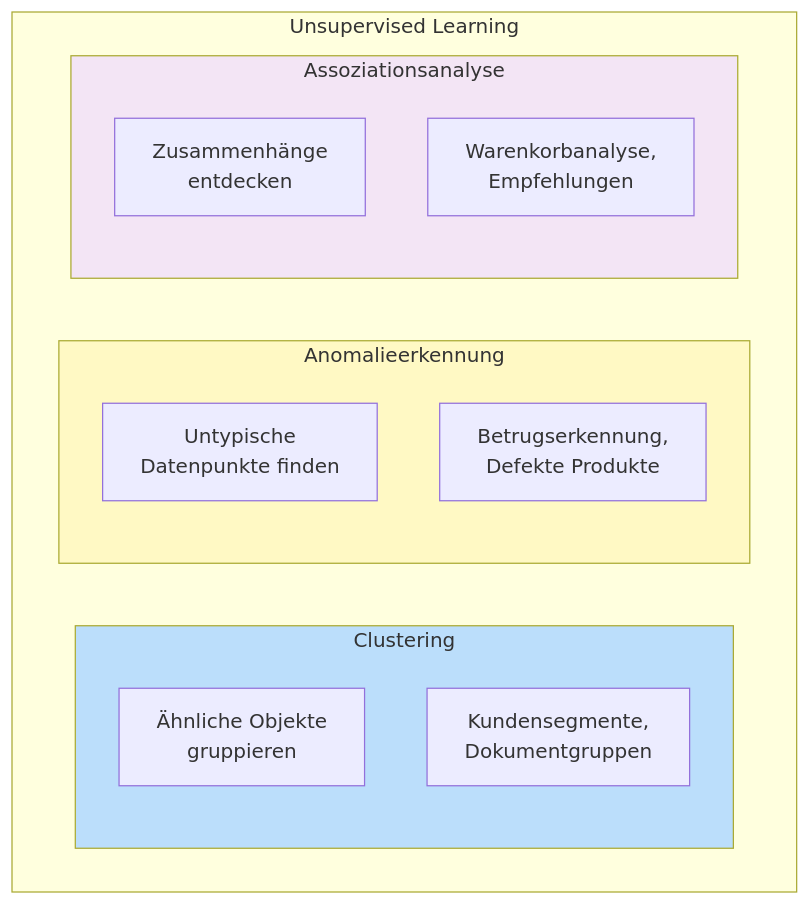
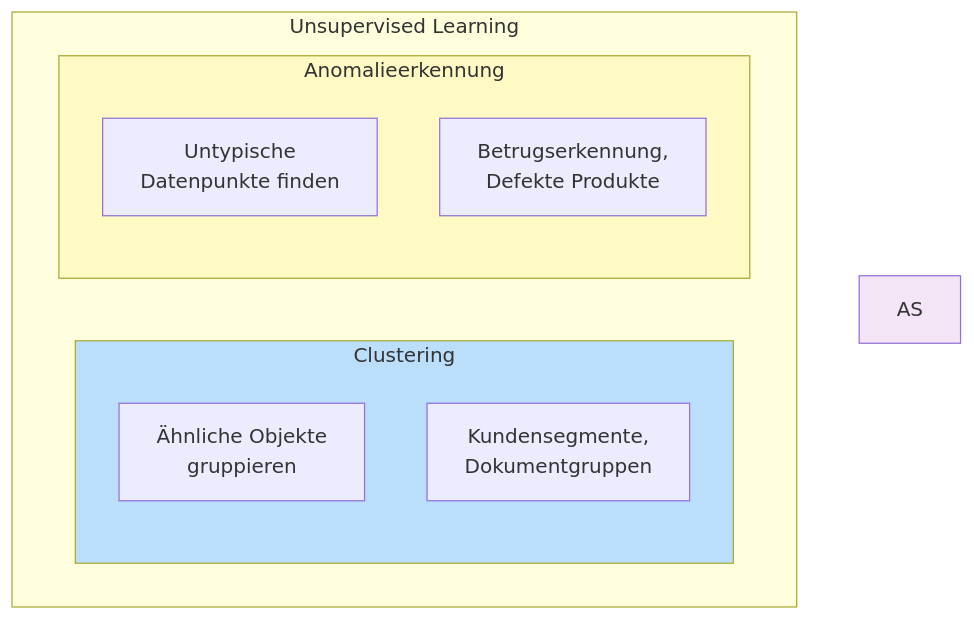
Before and after one commit to ralf-42/ML_Intro: the ninth of 14 diagrams in docs/concepts/grundlagen/machine_learning_grundlagen.md, drawn with Mermaid.

````diff
--- a/docs/concepts/grundlagen/machine_learning_grundlagen.md
+++ b/docs/concepts/grundlagen/machine_learning_grundlagen.md
@@ -346,25 +346,22 @@
 ```mermaid
 flowchart TB
     subgraph UL["Unsupervised Learning"]
         direction LR
         
         subgraph CL["Clustering"]
             CL_DESC["Ähnliche Objekte<br/>gruppieren"]
             CL_EX["Kundensegmente,<br/>Dokumentgruppen"]
         end
         
         subgraph AN["Anomalieerkennung"]
             AN_DESC["Untypische<br/>Datenpunkte finden"]
             AN_EX["Betrugserkennung,<br/>Defekte Produkte"]
         end
         
-        subgraph AS["Assoziationsanalyse"]
-            AS_DESC["Zusammenhänge<br/>entdecken"]
-            AS_EX["Warenkorbanalyse,<br/>Empfehlungen"]
-        end
+
     end
     
     style CL fill:#bbdefb
     style AN fill:#fff9c4
     style AS fill:#f3e5f5
 ```
````
